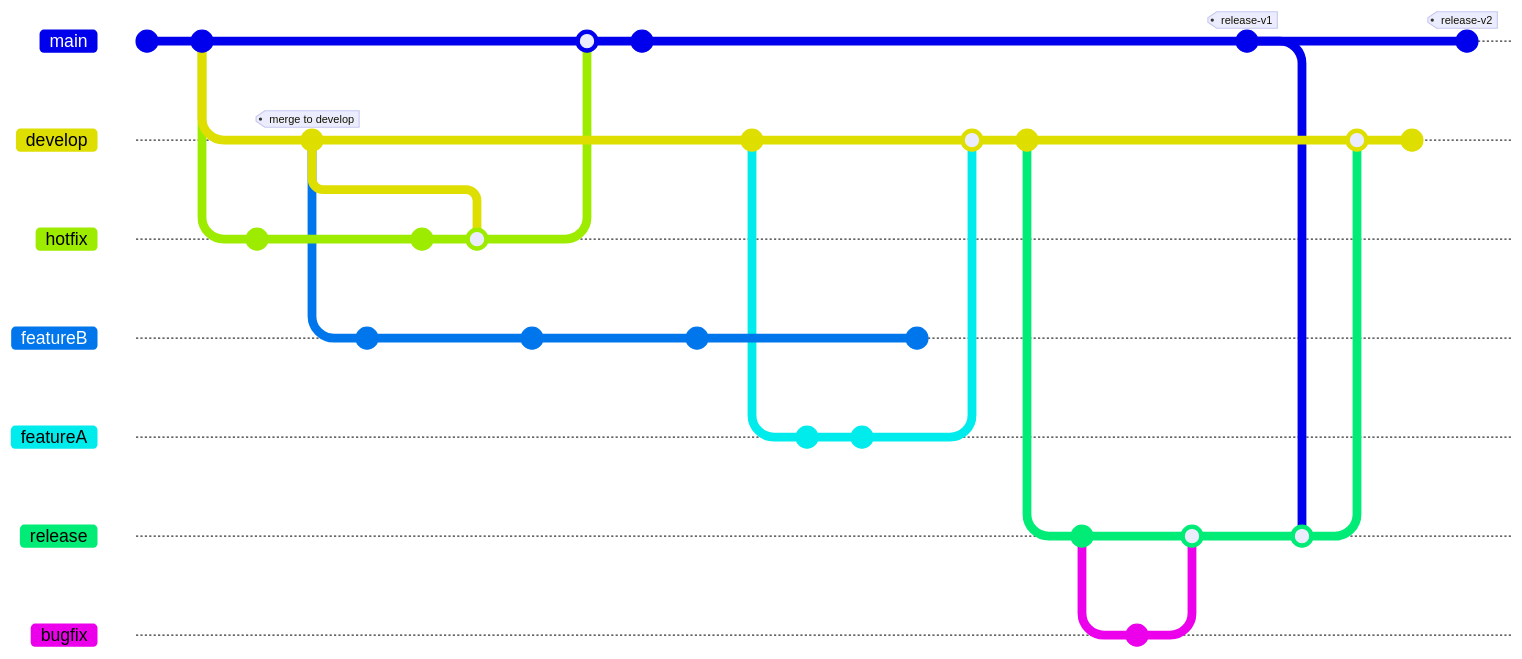
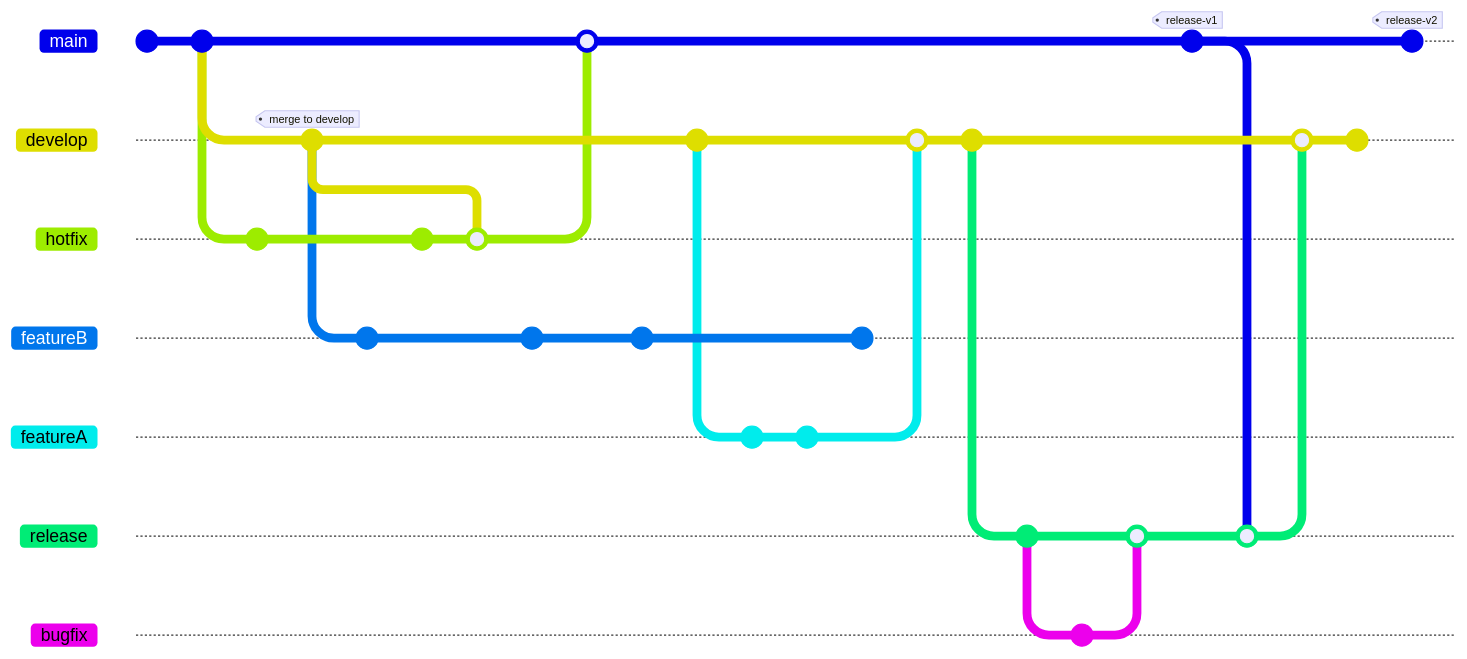
One commit to mevijays/training-k8s changed the diagram in branch.md. Above: the diagram before and after it, drawn with Mermaid. Commit ids are hidden.

````diff
--- a/branch.md
+++ b/branch.md
@@ -2,56 +2,55 @@
  ```mermaid
        gitGraph
         commit id: "Start"
         commit id: "Branch from main"
         branch develop
         branch hotfix
         checkout hotfix
         commit id:"fix-A"
         checkout develop
         commit id:"merge to develop" tag:"merge to develop"
         branch featureB
         checkout featureB
         commit id:"JIRA-A"
         checkout main
         checkout hotfix
         commit type:NORMAL id:"fix-B"
         checkout hotfix
         merge develop
         checkout develop
         checkout featureB
         commit id:"JIRA-B"
         checkout main
         merge hotfix
-        commit
         checkout featureB
         commit id:"JIRA-C"
         checkout develop
-        commit
+        commit id:"feature checkout"
         branch featureA
         commit id:"JIRA-CRC"
         checkout featureA
         commit id:"JIRA-RCL"
         checkout featureB
         commit id:"JIRA-D"
         checkout develop
         merge featureA
         checkout develop
         commit id:"create release"
         branch release
         checkout release
         commit
         branch bugfix
         checkout bugfix
         commit
         checkout release
         merge bugfix
         checkout main
         commit id:"release-v1" tag:"release-v1"
         checkout release
         merge main
         checkout develop
         merge release
         commit
         checkout main
         commit id:"releasev2" tag:"release-v2"
  ```
````
